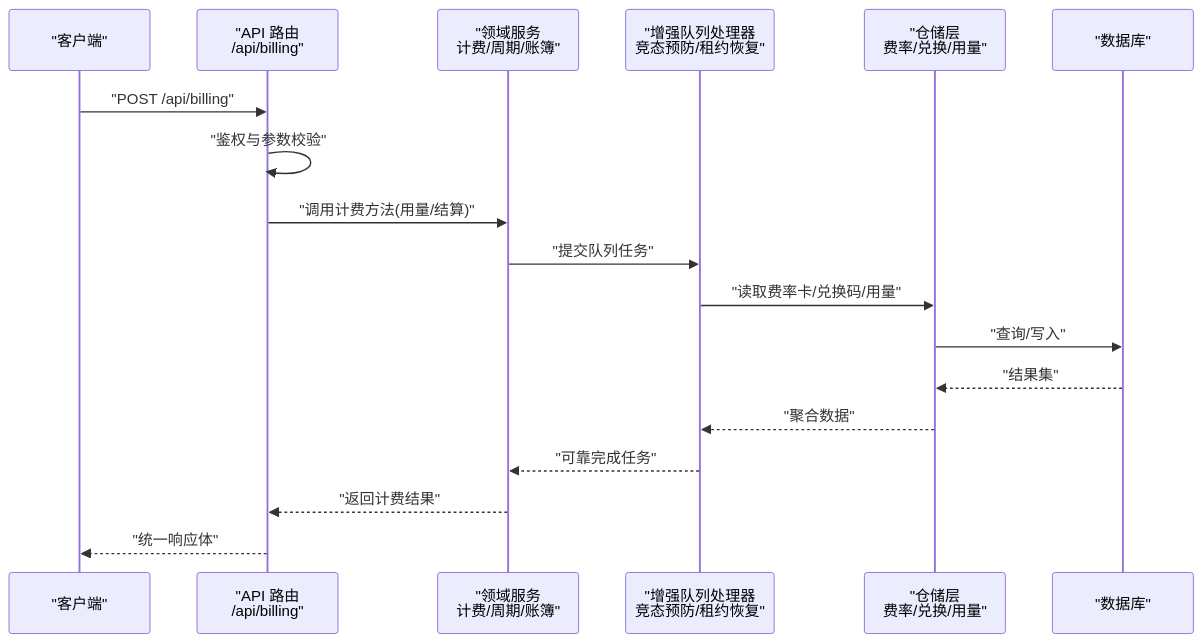
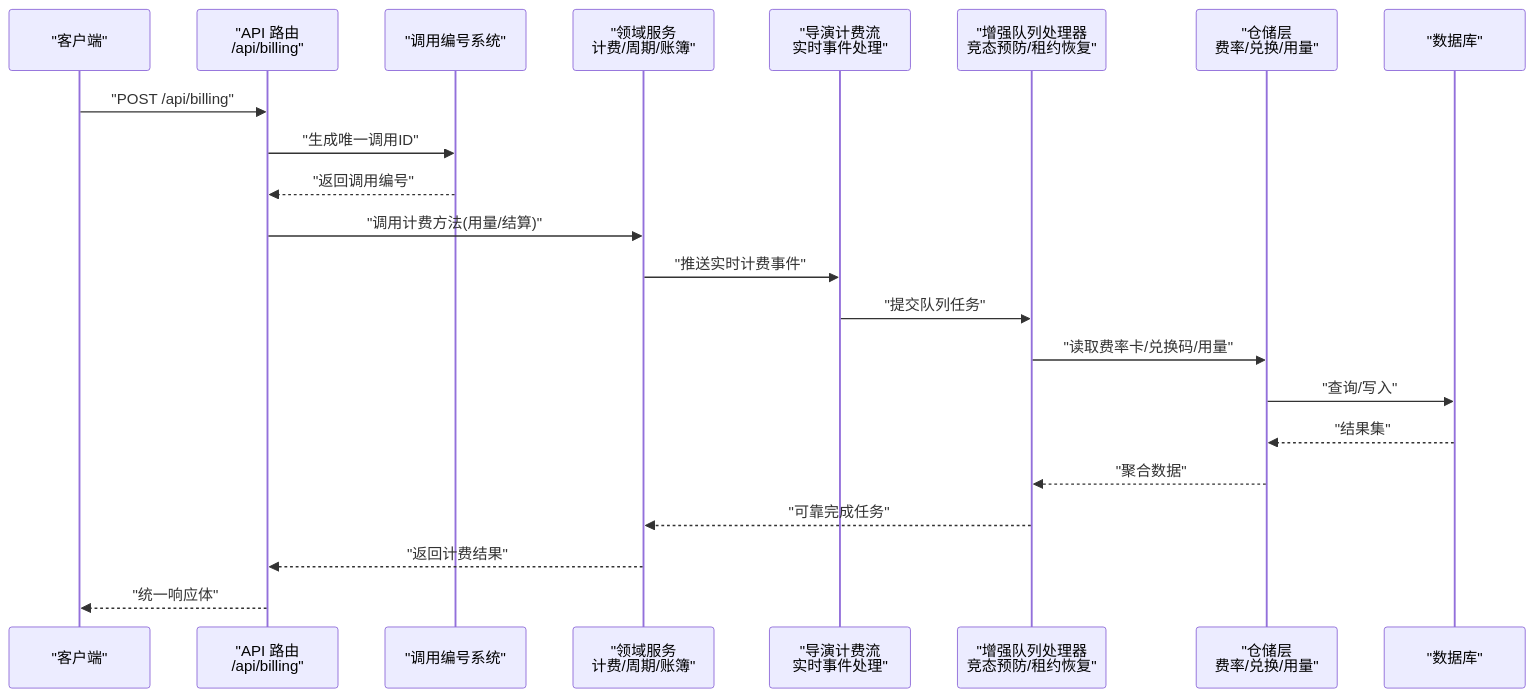
The second of 14 diagrams in .qoder/repowiki/zh/content/项目概述/计费配置/计费和会计账簿系统.md (scottcwy/PurpleInk), drawn with Mermaid before and after one commit. The commit also changed other lines of this file and 48 other files, not shown here.

````diff
--- a/.qoder/repowiki/zh/content/项目概述/计费配置/计费和会计账簿系统.md
+++ b/.qoder/repowiki/zh/content/项目概述/计费配置/计费和会计账簿系统.md
@@ -174,20 +196,24 @@
 ```mermaid
 sequenceDiagram
 participant Client as "客户端"
 participant API as "API 路由<br/>/api/billing"
+participant Invocation as "调用编号系统"
 participant Domain as "领域服务<br/>计费/周期/账簿"
+participant Stream as "导演计费流<br/>实时事件处理"
 participant Queue as "增强队列处理器<br/>竞态预防/租约恢复"
 participant Repo as "仓储层<br/>费率/兑换/用量"
 participant DB as "数据库"
 Client->>API : "POST /api/billing"
-API->>API : "鉴权与参数校验"
+API->>Invocation : "生成唯一调用ID"
+Invocation-->>API : "返回调用编号"
 API->>Domain : "调用计费方法(用量/结算)"
-Domain->>Queue : "提交队列任务"
+Domain->>Stream : "推送实时计费事件"
+Stream->>Queue : "提交队列任务"
 Queue->>Repo : "读取费率卡/兑换码/用量"
 Repo->>DB : "查询/写入"
 DB-->>Repo : "结果集"
 Repo-->>Queue : "聚合数据"
 Queue-->>Domain : "可靠完成任务"
 Domain-->>API : "返回计费结果"
 API-->>Client : "统一响应体"
 ```
````
